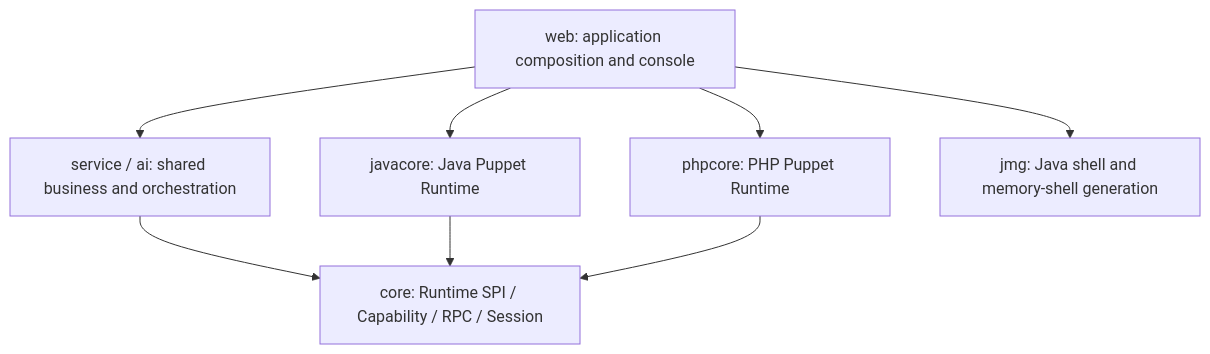
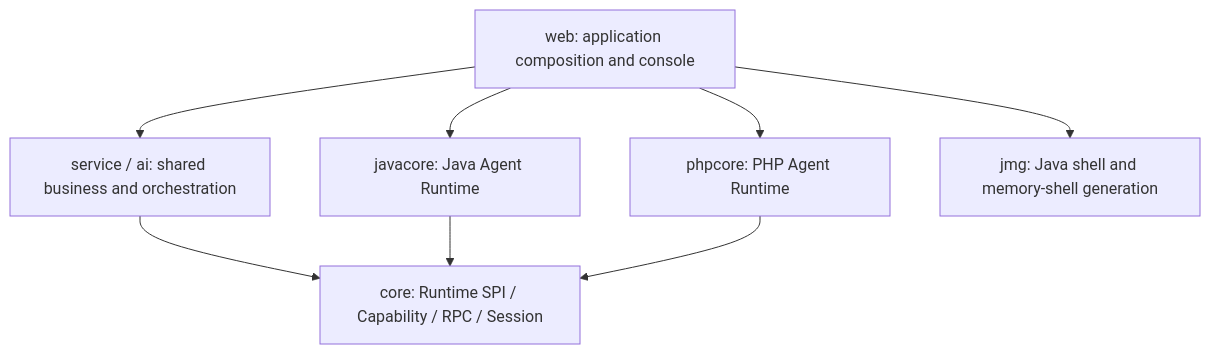
One commit to cha0upup/LeoAI changed the diagram in README_EN.md. Above: the diagram before and after it, drawn with Mermaid. The commit also changed other lines of this file and 997 other files, not shown here.

````diff
--- a/README_EN.md
+++ b/README_EN.md
@@ -65,10 +69,10 @@
 ```mermaid
 graph TD
     web["web: application composition and console"] --> service["service / ai: shared business and orchestration"]
-    web --> java["javacore: Java Puppet Runtime"]
-    web --> php["phpcore: PHP Puppet Runtime"]
+    web --> java["javacore: Java Agent Runtime"]
+    web --> php["phpcore: PHP Agent Runtime"]
     service --> core["core: Runtime SPI / Capability / RPC / Session"]
     java --> core
     php --> core
     web --> jmg["jmg: Java shell and memory-shell generation"]
 ```
````
